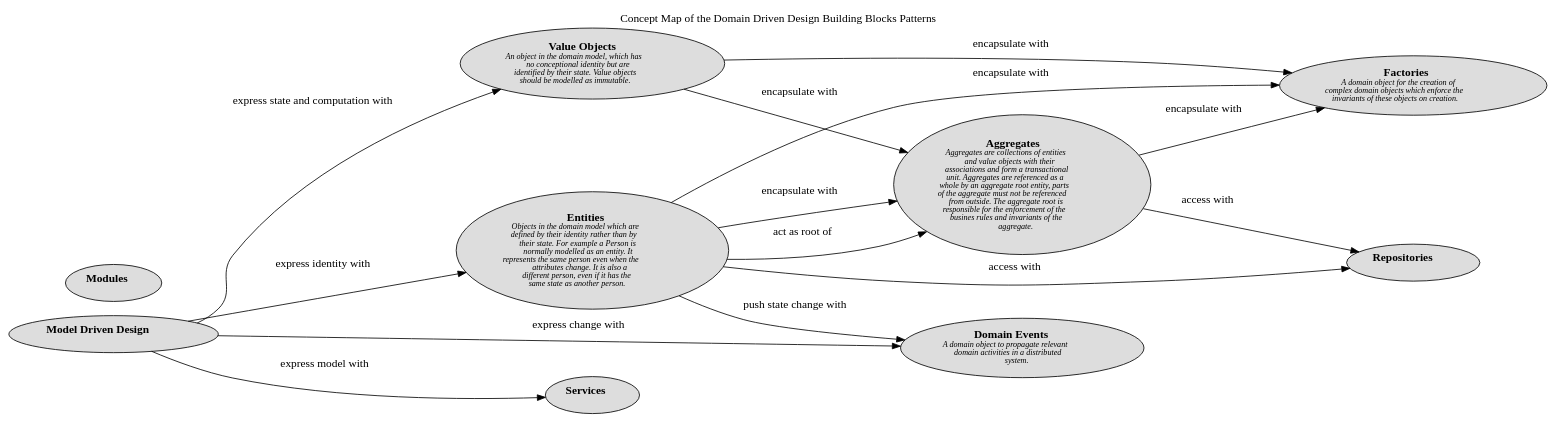
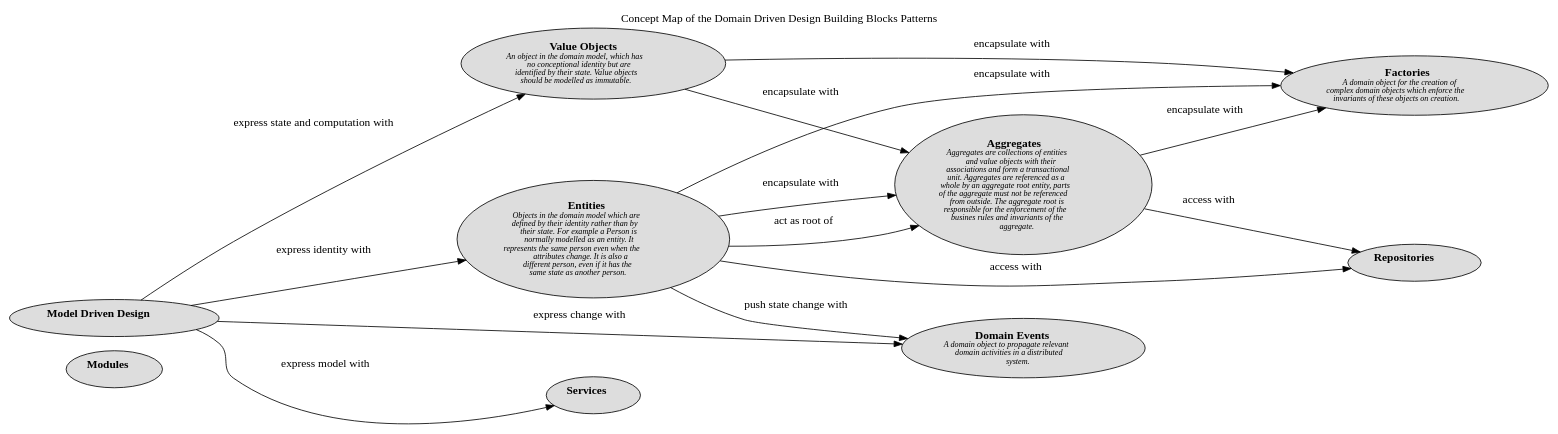
The diagram in docs/software-development/domain-driven-design/building-blocks/concept-view.dot (lsolbach/overarch-models), drawn with Graphviz before and after one commit. The commit also changed 129 other files, not shown here.

Commit message:
refactored domain driven design model

```diff
--- a/docs/software-development/domain-driven-design/building-blocks/concept-view.dot
+++ b/docs/software-development/domain-driven-design/building-blocks/concept-view.dot
@@ -1,33 +1,33 @@
 digraph "Concept Map of the Domain Driven Design Building Blocks Patterns" {
   labelloc= "t"
   label="Concept Map of the Domain Driven Design Building Blocks Patterns"
   rankdir="LR"
 
   layout=dot
+software_development_domain_driven_design_building_blocks__c_modules [shape=ellipse style=filled fillcolor="#dddddd" label=<<B>Modules</B><BR/><FONT POINT-SIZE="10"><I> </I></FONT>>]
 software_development_domain_driven_design_building_blocks__c_value_objects [shape=ellipse style=filled fillcolor="#dddddd" label=<<B>Value Objects</B><BR/><FONT POINT-SIZE="10"><I>An object in the domain model, which has<BR/>no conceptional identity but are<BR/>identified by their state. Value objects<BR/>should be modelled as immutable. </I></FONT>>]
+software_development_domain_driven_design_building_blocks__c_services [shape=ellipse style=filled fillcolor="#dddddd" label=<<B>Services</B><BR/><FONT POINT-SIZE="10"><I> </I></FONT>>]
+software_development_domain_driven_design_modelling__c_model_driven_design [shape=ellipse style=filled fillcolor="#dddddd" label=<<B>Model Driven Design</B><BR/><FONT POINT-SIZE="10"><I> </I></FONT>>]
+software_development_domain_driven_design_building_blocks__c_entities [shape=ellipse style=filled fillcolor="#dddddd" label=<<B>Entities</B><BR/><FONT POINT-SIZE="10"><I>Objects in the domain model which are<BR/>defined by their identity rather than by<BR/>their state. For example a Person is<BR/>normally modelled as an entity. It<BR/>represents the same person even when the<BR/>attributes change. It is also a<BR/>different person, even if it has the<BR/>same state as another person. </I></FONT>>]
+software_development_domain_driven_design_building_blocks__c_domain_events [shape=ellipse style=filled fillcolor="#dddddd" label=<<B>Domain Events</B><BR/><FONT POINT-SIZE="10"><I>A domain object to propagate relevant<BR/>domain activities in a distributed<BR/>system. </I></FONT>>]
+software_development_domain_driven_design_building_blocks__c_factories [shape=ellipse style=filled fillcolor="#dddddd" label=<<B>Factories</B><BR/><FONT POINT-SIZE="10"><I>A domain object for the creation of<BR/>complex domain objects which enforce the<BR/>invariants of these objects on creation. </I></FONT>>]
 software_development_domain_driven_design_building_blocks__c_aggregates [shape=ellipse style=filled fillcolor="#dddddd" label=<<B>Aggregates</B><BR/><FONT POINT-SIZE="10"><I>Aggregates are collections of entities<BR/>and value objects with their<BR/>associations and form a transactional<BR/>unit. Aggregates are referenced as a<BR/>whole by an aggregate root entity, parts<BR/>of the aggregate must not be referenced<BR/>from outside. The aggregate root is<BR/>responsible for the enforcement of the<BR/>busines rules and invariants of the<BR/>aggregate. </I></FONT>>]
-software_development_domain_driven_design_building_blocks__c_entities [shape=ellipse style=filled fillcolor="#dddddd" label=<<B>Entities</B><BR/><FONT POINT-SIZE="10"><I>Objects in the domain model which are<BR/>defined by their identity rather than by<BR/>their state. For example a Person is<BR/>normally modelled as an entity. It<BR/>represents the same person even when the<BR/>attributes change. It is also a<BR/>different person, even if it has the<BR/>same state as another person. </I></FONT>>]
 software_development_domain_driven_design_building_blocks__c_repositories [shape=ellipse style=filled fillcolor="#dddddd" label=<<B>Repositories</B><BR/><FONT POINT-SIZE="10"><I> </I></FONT>>]
-software_development_domain_driven_design__c_model_driven_design [shape=ellipse style=filled fillcolor="#dddddd" label=<<B>Model Driven Design</B><BR/><FONT POINT-SIZE="10"><I> </I></FONT>>]
-software_development_domain_driven_design_building_blocks__c_factories [shape=ellipse style=filled fillcolor="#dddddd" label=<<B>Factories</B><BR/><FONT POINT-SIZE="10"><I>A domain object for the creation of<BR/>complex domain objects which enforce the<BR/>invariants of these objects on creation. </I></FONT>>]
-software_development_domain_driven_design_building_blocks__c_services [shape=ellipse style=filled fillcolor="#dddddd" label=<<B>Services</B><BR/><FONT POINT-SIZE="10"><I> </I></FONT>>]
-software_development_domain_driven_design_building_blocks__c_domain_events [shape=ellipse style=filled fillcolor="#dddddd" label=<<B>Domain Events</B><BR/><FONT POINT-SIZE="10"><I>A domain object to propagate relevant<BR/>domain activities in a distributed<BR/>system. </I></FONT>>]
-software_development_domain_driven_design_building_blocks__c_modules [shape=ellipse style=filled fillcolor="#dddddd" label=<<B>Modules</B><BR/><FONT POINT-SIZE="10"><I> </I></FONT>>]
  
 software_development_domain_driven_design_building_blocks__c_entities -> software_development_domain_driven_design_building_blocks__c_aggregates [label=<encapsulate with<BR/><FONT POINT-SIZE="10"><I> </I></FONT>>]
 software_development_domain_driven_design_building_blocks__c_value_objects -> software_development_domain_driven_design_building_blocks__c_aggregates [label=<encapsulate with<BR/><FONT POINT-SIZE="10"><I> </I></FONT>>]
 software_development_domain_driven_design_building_blocks__c_entities -> software_development_domain_driven_design_building_blocks__c_domain_events [label=<push state change with<BR/><FONT POINT-SIZE="10"><I> </I></FONT>>]
 software_development_domain_driven_design_building_blocks__c_entities -> software_development_domain_driven_design_building_blocks__c_repositories [label=<access with<BR/><FONT POINT-SIZE="10"><I> </I></FONT>>]
-software_development_domain_driven_design__c_model_driven_design -> software_development_domain_driven_design_building_blocks__c_entities [label=<express identity with<BR/><FONT POINT-SIZE="10"><I> </I></FONT>>]
 software_development_domain_driven_design_building_blocks__c_aggregates -> software_development_domain_driven_design_building_blocks__c_repositories [label=<access with<BR/><FONT POINT-SIZE="10"><I> </I></FONT>>]
 software_development_domain_driven_design_building_blocks__c_value_objects -> software_development_domain_driven_design_building_blocks__c_factories [label=<encapsulate with<BR/><FONT POINT-SIZE="10"><I> </I></FONT>>]
 software_development_domain_driven_design_building_blocks__c_entities -> software_development_domain_driven_design_building_blocks__c_aggregates [label=<act as root of<BR/><FONT POINT-SIZE="10"><I> </I></FONT>>]
-software_development_domain_driven_design__c_model_driven_design -> software_development_domain_driven_design_building_blocks__c_services [label=<express model with<BR/><FONT POINT-SIZE="10"><I> </I></FONT>>]
-software_development_domain_driven_design__c_model_driven_design -> software_development_domain_driven_design_building_blocks__c_domain_events [label=<express change with<BR/><FONT POINT-SIZE="10"><I> </I></FONT>>]
+software_development_domain_driven_design_modelling__c_model_driven_design -> software_development_domain_driven_design_building_blocks__c_domain_events [label=<express change with<BR/><FONT POINT-SIZE="10"><I> </I></FONT>>]
 software_development_domain_driven_design_building_blocks__c_entities -> software_development_domain_driven_design_building_blocks__c_factories [label=<encapsulate with<BR/><FONT POINT-SIZE="10"><I> </I></FONT>>]
-software_development_domain_driven_design__c_model_driven_design -> software_development_domain_driven_design_building_blocks__c_value_objects [label=<express state and computation with<BR/><FONT POINT-SIZE="10"><I> </I></FONT>>]
+software_development_domain_driven_design_modelling__c_model_driven_design -> software_development_domain_driven_design_building_blocks__c_services [label=<express model with<BR/><FONT POINT-SIZE="10"><I> </I></FONT>>]
+software_development_domain_driven_design_modelling__c_model_driven_design -> software_development_domain_driven_design_building_blocks__c_value_objects [label=<express state and computation with<BR/><FONT POINT-SIZE="10"><I> </I></FONT>>]
+software_development_domain_driven_design_modelling__c_model_driven_design -> software_development_domain_driven_design_building_blocks__c_entities [label=<express identity with<BR/><FONT POINT-SIZE="10"><I> </I></FONT>>]
 software_development_domain_driven_design_building_blocks__c_aggregates -> software_development_domain_driven_design_building_blocks__c_factories [label=<encapsulate with<BR/><FONT POINT-SIZE="10"><I> </I></FONT>>]
  
 }
 
 // (generated by Overarch with template views/view.dot.cmb)
```
